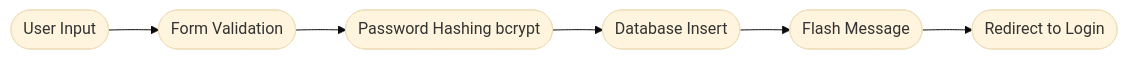
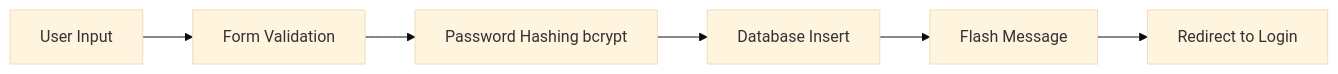
One commit to chaitanyasaiyerra/Musuem-chatbot changed the first of 5 diagrams in TECHNICAL_GUIDE.md. Above: the diagram before and after it, drawn with Mermaid (base theme). The commit also changed other lines of this file and 1 other file, not shown here.

Commit message:
docs: wrap mermaid nodes in standard boxes with quotes to prevent text wrapping

````diff
--- a/TECHNICAL_GUIDE.md
+++ b/TECHNICAL_GUIDE.md
@@ -187,8 +187,8 @@
 ```mermaid
 graph LR
-    A([User Input]) --> B([Form Validation])
-    B --> C([Password Hashing bcrypt])
-    C --> D([Database Insert])
-    D --> E([Flash Message])
-    E --> F([Redirect to Login])
+    A["User Input"] --> B["Form Validation"]
+    B --> C["Password Hashing bcrypt"]
+    C --> D["Database Insert"]
+    D --> E["Flash Message"]
+    E --> F["Redirect to Login"]
 ```
````
